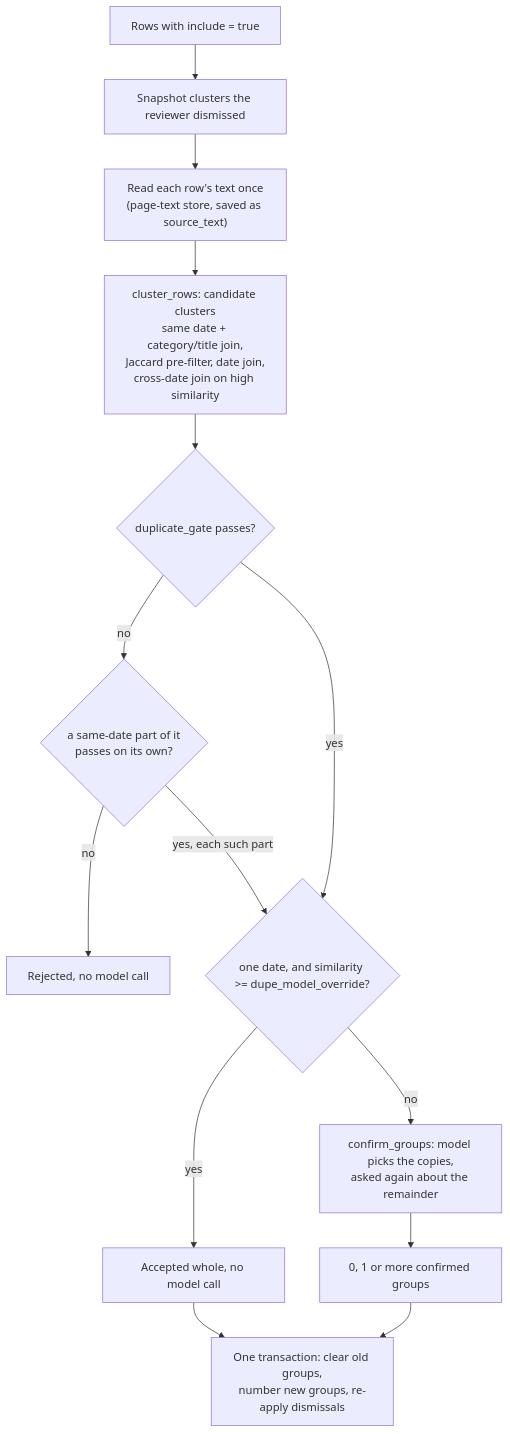
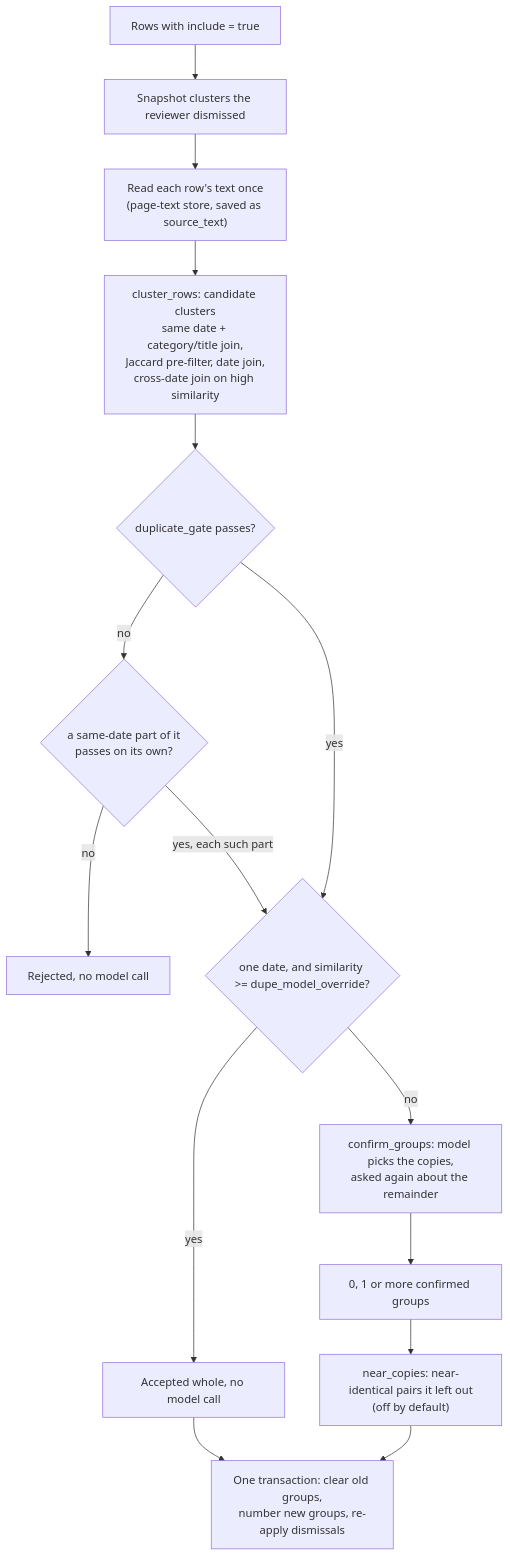
Before and after one commit to gesco-healthcare-support/ai-medical-record-review: the first of 2 diagrams in docs/explanation/duplicate-detection.md, drawn with Mermaid. The commit also changed other lines of this file and 8 other files, not shown here.

````diff
--- a/docs/explanation/duplicate-detection.md
+++ b/docs/explanation/duplicate-detection.md
@@ -45,16 +45,17 @@
 ```mermaid
 flowchart TD
     A["Rows with include = true"] --> B["Snapshot clusters the reviewer dismissed"]
     B --> C["Read each row's text once<br/>(page-text store, saved as source_text)"]
     C --> D["cluster_rows: candidate clusters<br/>same date + category/title join,<br/>Jaccard pre-filter, date join,<br/>cross-date join on high similarity"]
     D --> E{"duplicate_gate passes?"}
     E -->|no| P{"a same-date part of it<br/>passes on its own?"}
     P -->|no| X["Rejected, no model call"]
     P -->|yes, each such part| F
     E -->|yes| F{"one date, and similarity >= dupe_model_override?"}
     F -->|yes| G["Accepted whole, no model call"]
     F -->|no| H["confirm_groups: model picks the copies,<br/>asked again about the remainder"]
     H --> I["0, 1 or more confirmed groups"]
+    I --> N["near_copies: near-identical pairs it left out<br/>(off by default)"]
     G --> J["One transaction: clear old groups,<br/>number new groups, re-apply dismissals"]
-    I --> J
+    N --> J
 ```
````
